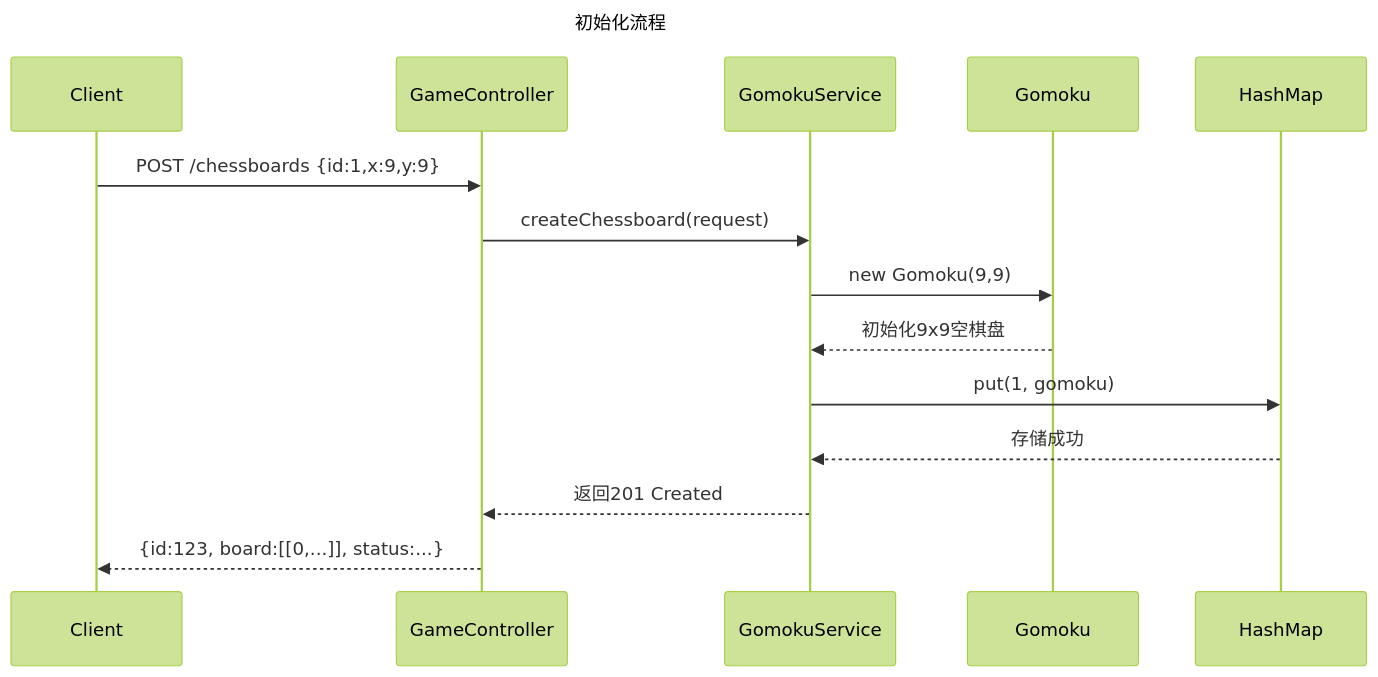
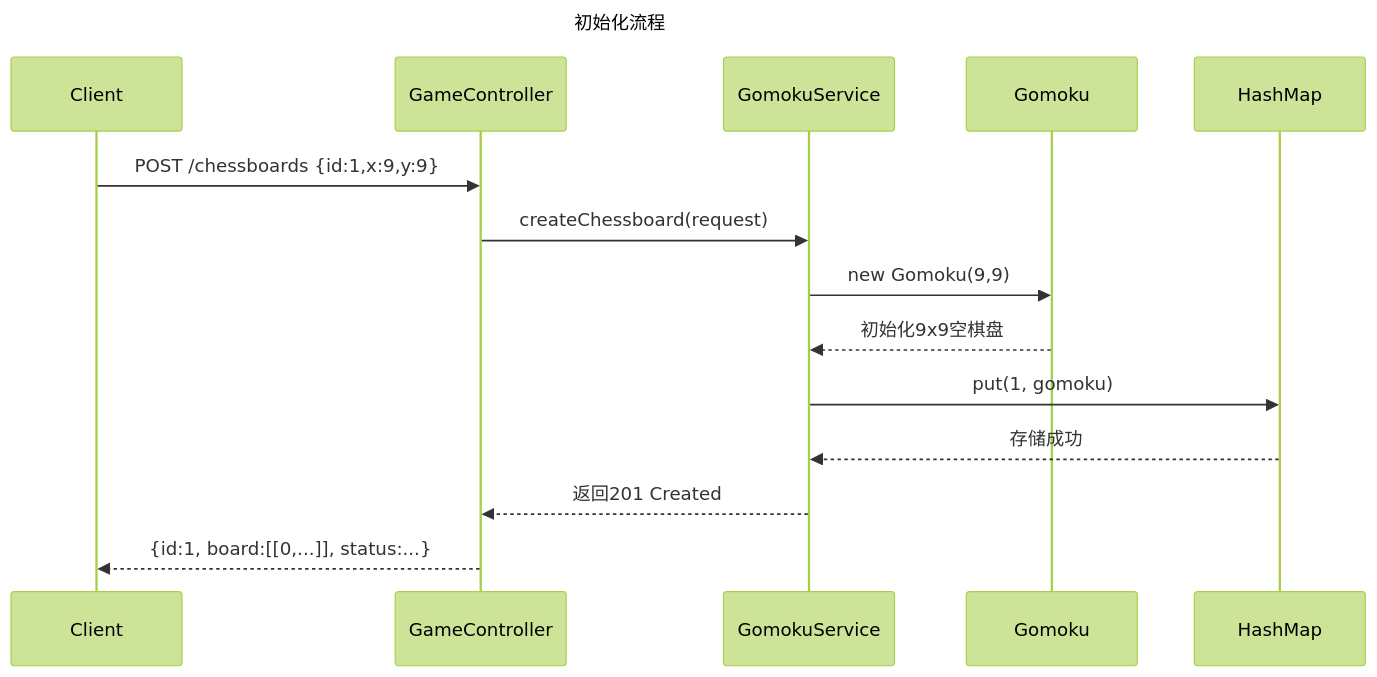
Before and after one commit to HandyWote/BestStrategyOfGomoku: the second of 4 diagrams in 实践报告.md, drawn with Mermaid (forest theme).

Commit message:
更新 实践报告.md

````diff
--- a/实践报告.md
+++ b/实践报告.md
@@ -72,19 +72,19 @@
 ```mermaid
 
 sequenceDiagram
     title 初始化流程
     participant Client
     participant GameController
     participant GomokuService
     participant Gomoku
     participant HashMap
     
     Client->>GameController: POST /chessboards {id:1,x:9,y:9}
     GameController->>GomokuService: createChessboard(request)
     GomokuService->>Gomoku: new Gomoku(9,9)
     Gomoku-->>GomokuService: 初始化9x9空棋盘
     GomokuService->>HashMap: put(1, gomoku)
     HashMap-->>GomokuService: 存储成功
     GomokuService-->>GameController: 返回201 Created
-    GameController-->>Client: {id:123, board:[[0,...]], status:...}
+    GameController-->>Client: {id:1, board:[[0,...]], status:...}
 ```
````
